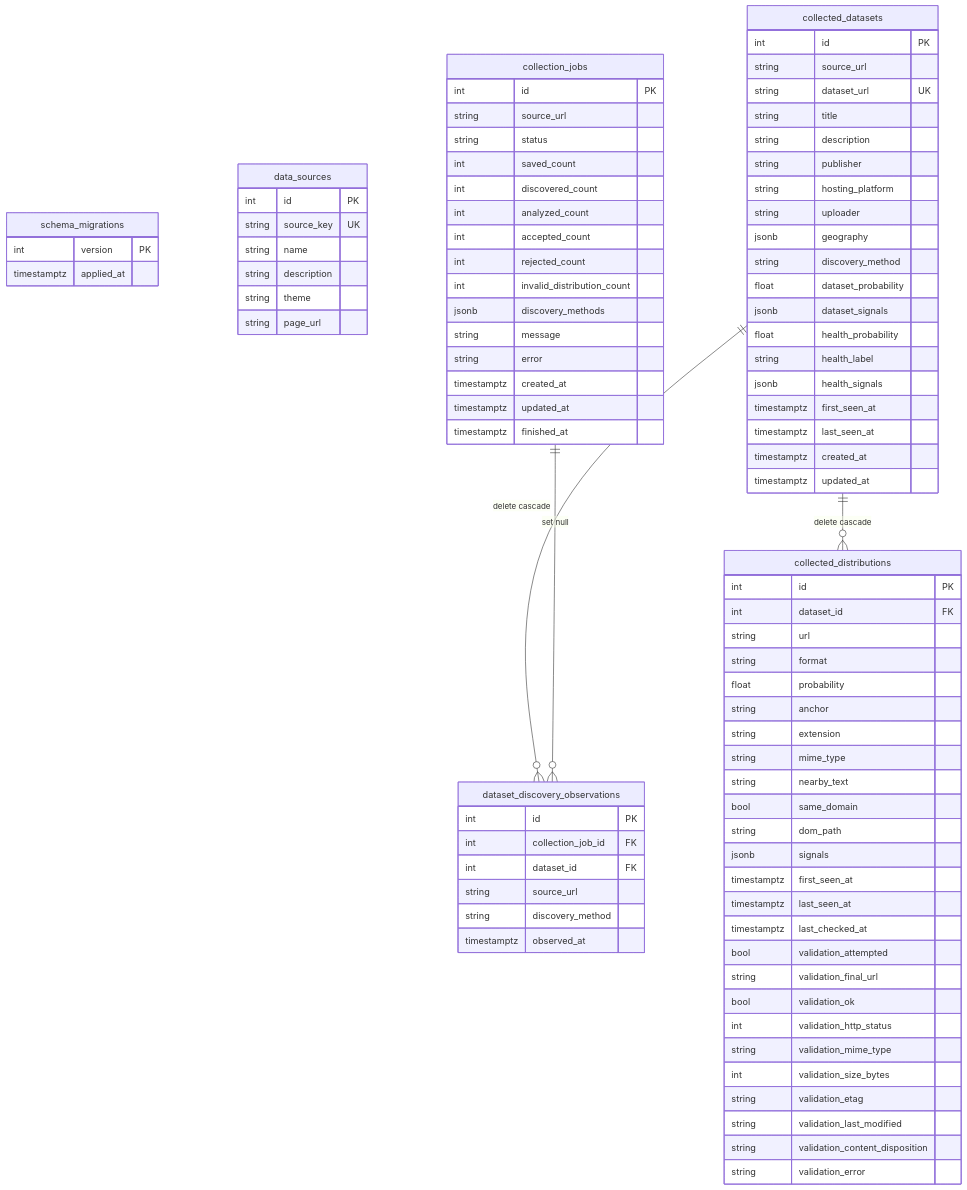
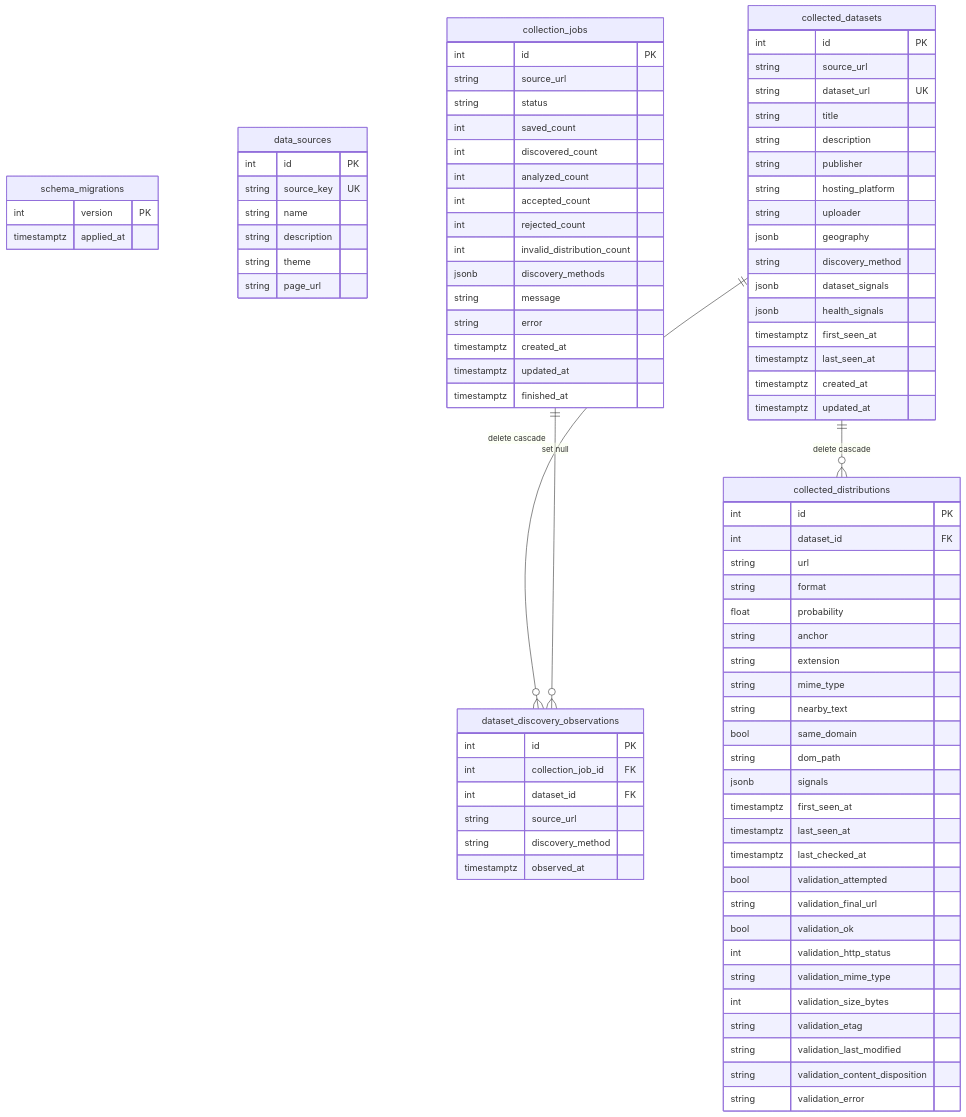
The diagram in docs/database-schema-diagram.md (nicolasberlin/global-health-dataset-catalog), drawn with Mermaid before and after one commit. The commit also changed 48 other files, not shown here.

```diff
--- a/docs/database-schema-diagram.md
+++ b/docs/database-schema-diagram.md
@@ -51,10 +51,7 @@
         string uploader
         jsonb geography
         string discovery_method
-        float dataset_probability
         jsonb dataset_signals
-        float health_probability
-        string health_label
         jsonb health_signals
         timestamptz first_seen_at
         timestamptz last_seen_at
```
